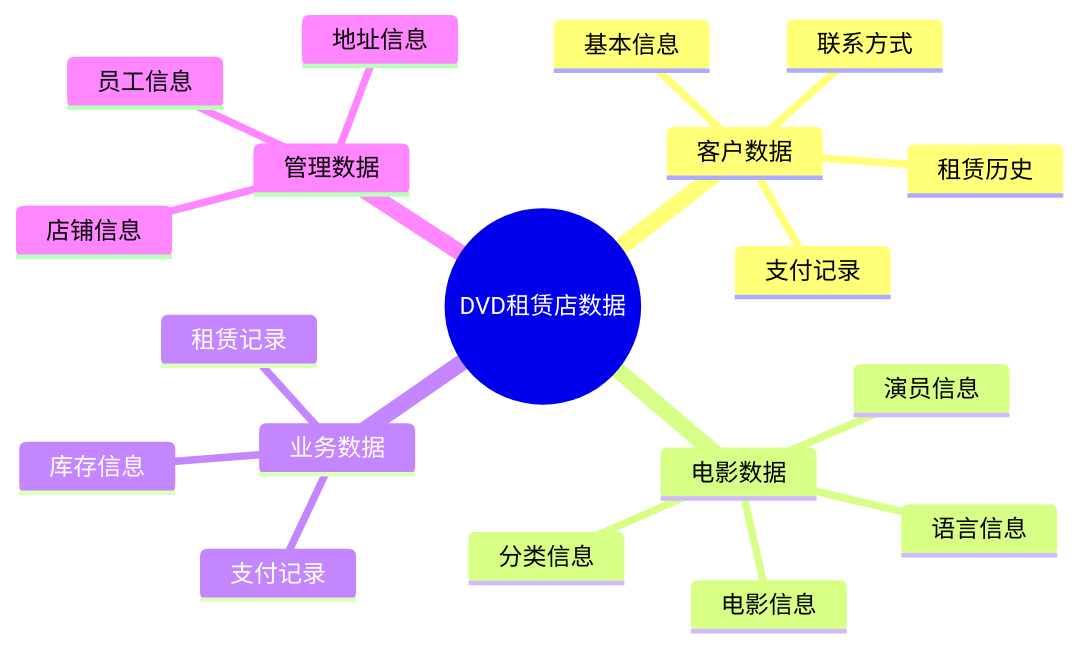
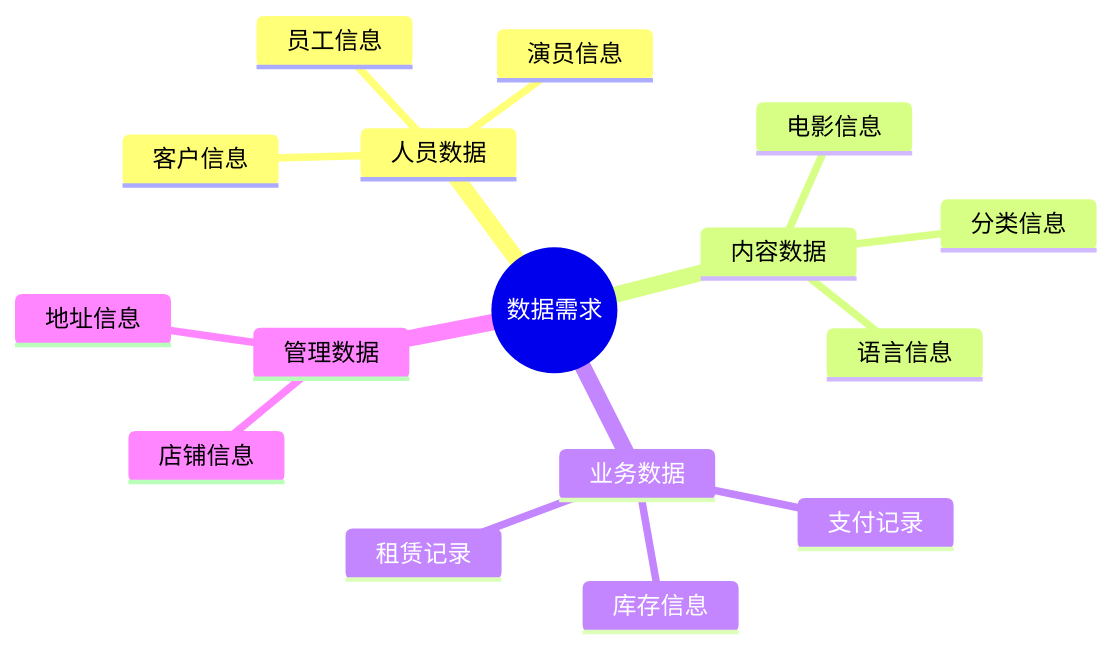
One commit to mercuryhome/dvdrental-guide changed the third of 5 diagrams in DVD租赁数据库设计过程.md. Above: the diagram before and after it, drawn with Mermaid. The commit also changed other lines of this file and 1 other file, not shown here.

````diff
--- a/DVD租赁数据库设计过程.md
+++ b/DVD租赁数据库设计过程.md
@@ -115,22 +103,19 @@
 ```mermaid
 mindmap
-  root((DVD租赁店数据))
-    客户数据
-      基本信息
-      联系方式
-      租赁历史
-      支付记录
-    电影数据
+  root((数据需求))
+    人员数据
+      客户信息
+      员工信息
+      演员信息
+    内容数据
       电影信息
       分类信息
-      演员信息
       语言信息
     业务数据
       租赁记录
       支付记录
       库存信息
     管理数据
-      员工信息
       店铺信息
       地址信息
 ```
````
